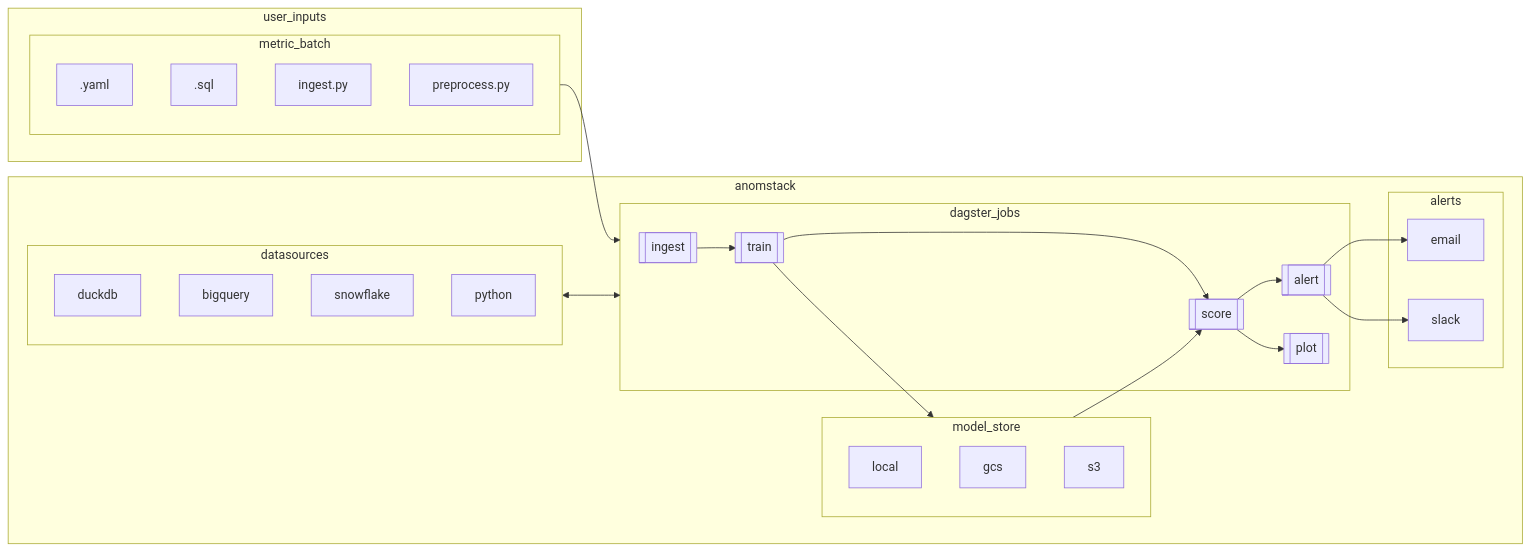
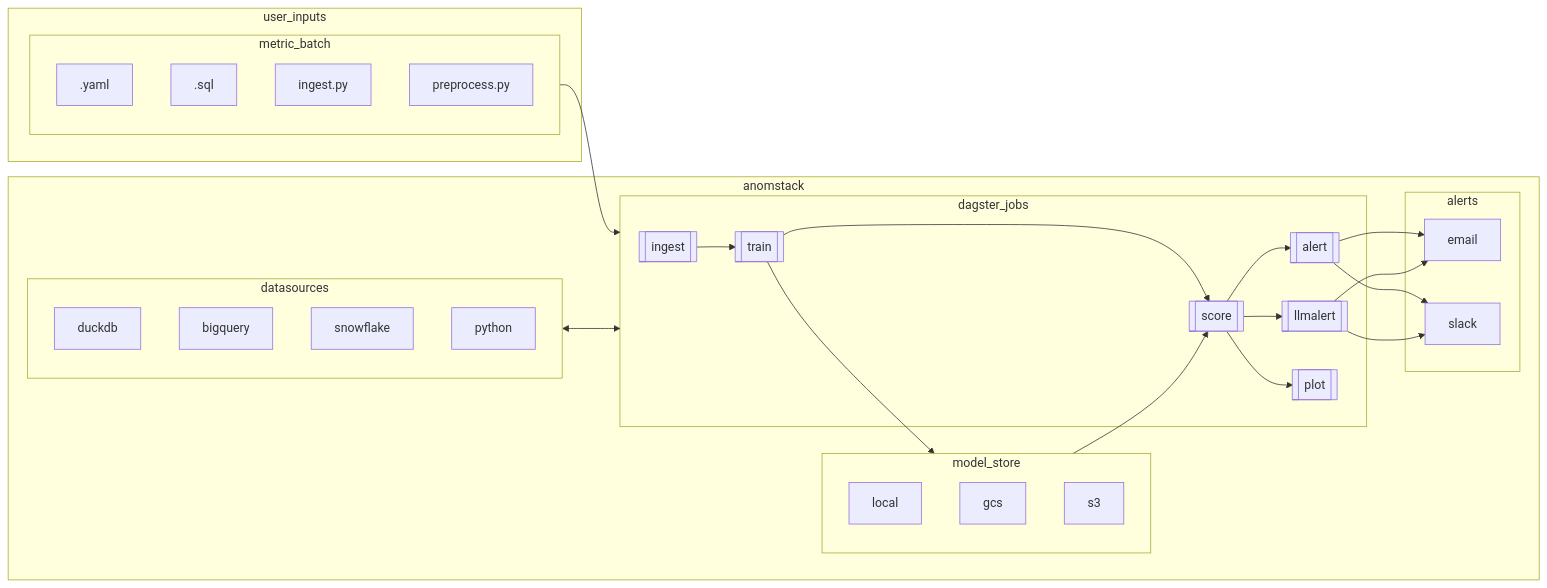
Before and after one commit to andrewm4894/anomstack: the diagram in README.md, drawn with Mermaid. The commit also changed other lines of this file and 10 other files, not shown here.

````diff
--- a/README.md
+++ b/README.md
@@ -116,72 +116,78 @@
 ```mermaid
 flowchart LR;
 
     metric_batch_config[".yaml"]
     metric_batch_sql[".sql"]
     metric_batch_ingest_py["ingest.py"]
     metric_batch_preprocess_py["preprocess.py"]
     ingest[[ingest]]
     train[[train]]
     score[[score]]
     alert[[alert]]
+    llmalert[[llmalert]]
     plot[[plot]]
 
     subgraph metric_batch
     metric_batch_config
     metric_batch_sql
     metric_batch_ingest_py
     metric_batch_preprocess_py
     end
 
     subgraph dagster_jobs
     ingest
     train
     score
     alert
+    llmalert
     plot
     end
 
     subgraph alerts
     email
     slack
     end
 
     subgraph datasources
     duckdb
     bigquery
     snowflake
     python
     end
 
     subgraph user_inputs
     metric_batch
     end
 
     subgraph anomstack
     dagster_jobs
     datasources
     model_store
     alerts
+    llmalert
     end
 
     subgraph model_store
     local
     gcs
     s3
     end
 
     ingest --> train
     train --> score
     score --> alert
+    score --> llmalert
     score --> plot
 
     metric_batch --> dagster_jobs
 
     alert --> email
     alert --> slack
+    llmalert --> email
+    llmalert --> slack
 
     datasources <--> dagster_jobs
     train --> model_store
     model_store --> score
 
 ```
````
